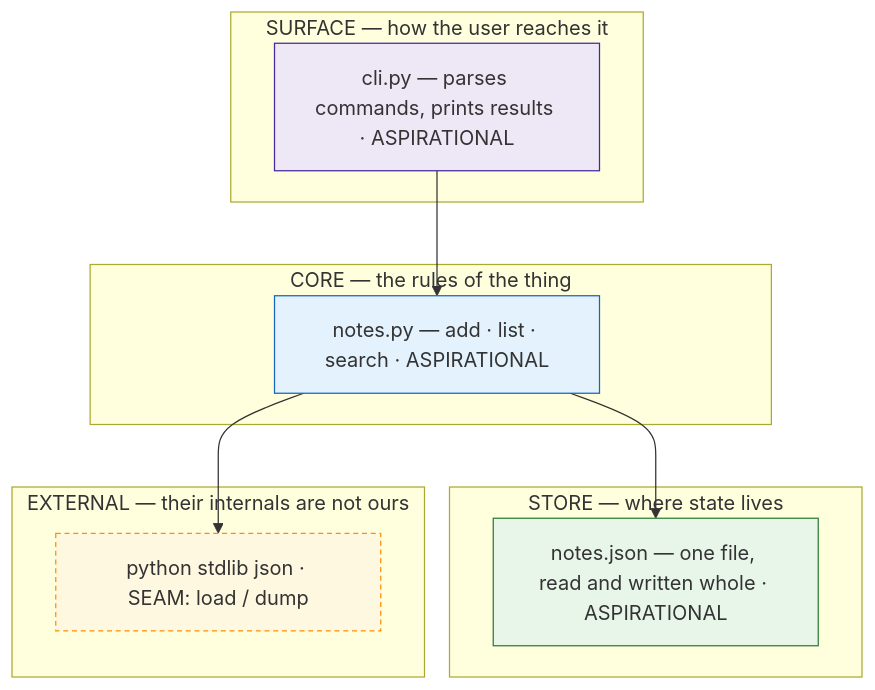
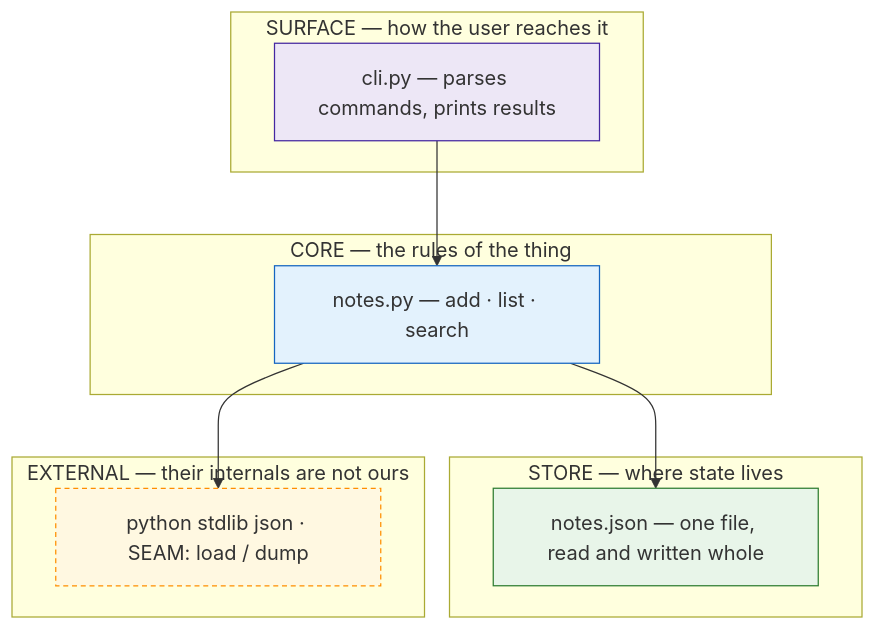
The diagram in skills/install/aios/rules/23-architecture-layer.md (sancovp/host-aios), drawn with Mermaid before and after one commit. The commit also changed other lines of this file and 50 other files, not shown here.

````diff
--- a/skills/install/aios/rules/23-architecture-layer.md
+++ b/skills/install/aios/rules/23-architecture-layer.md
@@ -22,23 +23,23 @@
 ```mermaid
 flowchart TB
   classDef surface fill:#ede7f6,stroke:#4527a0;
   classDef core fill:#e3f2fd,stroke:#1565c0;
   classDef store fill:#e8f5e9,stroke:#2e7d32;
   classDef dep fill:#fff8e1,stroke:#ff8f00,stroke-dasharray:4 3;
 
   subgraph SURFACE["SURFACE — how the user reaches it"]
-    CLI["cli.py — parses commands, prints results · ASPIRATIONAL"]:::surface
+    CLI["cli.py — parses commands, prints results"]:::surface
   end
   subgraph CORE["CORE — the rules of the thing"]
-    NOTES["notes.py — add · list · search · ASPIRATIONAL"]:::core
+    NOTES["notes.py — add · list · search"]:::core
   end
   subgraph STORE["STORE — where state lives"]
-    FILE["notes.json — one file, read and written whole · ASPIRATIONAL"]:::store
+    FILE["notes.json — one file, read and written whole"]:::store
   end
   subgraph DEPS["EXTERNAL — their internals are not ours"]
     STD["python stdlib json · SEAM: load / dump"]:::dep
   end
 
   CLI --> NOTES --> FILE
   NOTES --> STD
 ```
````
